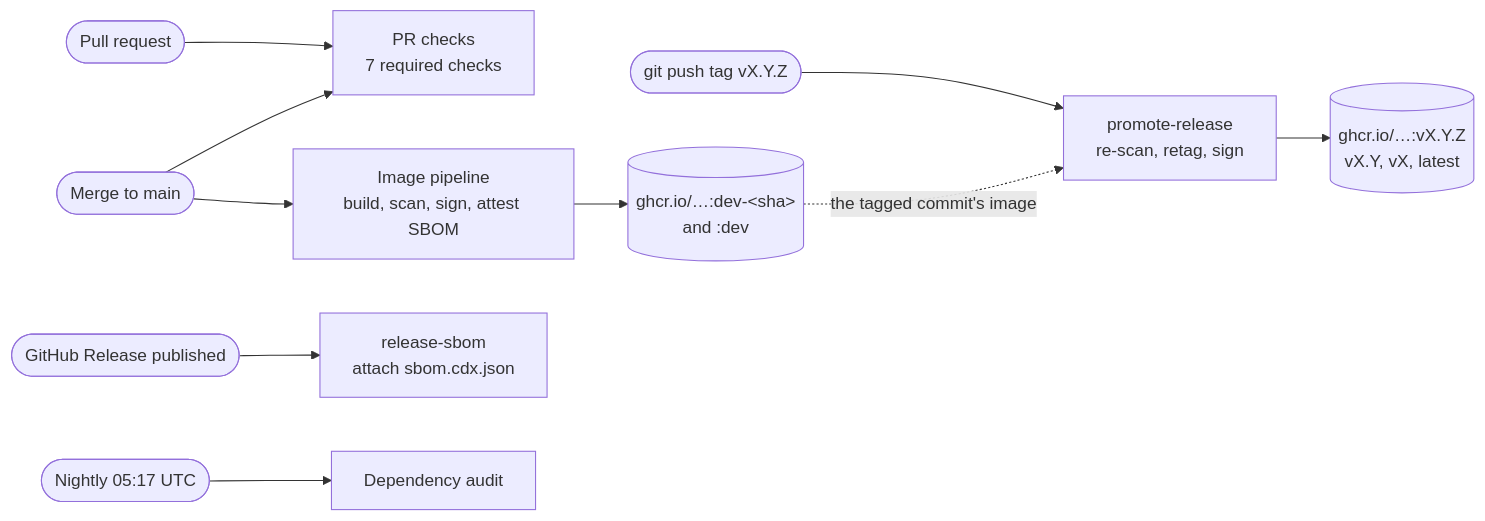
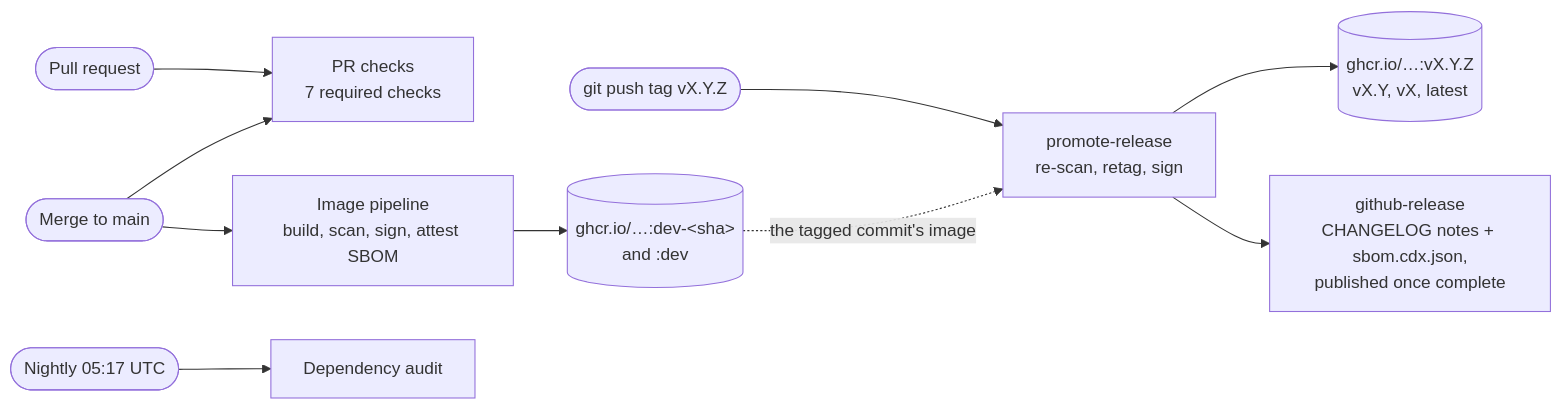
Before and after one commit to FB-UNIV/pocket-portal: the first of 4 diagrams in docs/CI.md, drawn with Mermaid. The commit also changed other lines of this file and 5 other files, not shown here.

First line of the commit message:
ci: publish the GitHub Release from the pipeline, SBOM attached as a draft (#100)

````diff
--- a/docs/CI.md
+++ b/docs/CI.md
@@ -15,25 +15,24 @@
 ```mermaid
 flowchart LR
   PR(["Pull request"])
   MAIN(["Merge to main"])
   TAG(["git push tag vX.Y.Z"])
-  REL(["GitHub Release published"])
   CRON(["Nightly 05:17 UTC"])
 
   CHECKS["PR checks<br/>7 required checks"]
   IMAGE["Image pipeline<br/>build, scan, sign, attest SBOM"]
   DEV[("ghcr.io/…:dev-&lt;sha&gt;<br/>and :dev")]
   PROMOTE["promote-release<br/>re-scan, retag, sign"]
   RELTAGS[("ghcr.io/…:vX.Y.Z<br/>vX.Y, vX, latest")]
-  RSBOM["release-sbom<br/>attach sbom.cdx.json"]
+  GHREL["github-release<br/>CHANGELOG notes + sbom.cdx.json,<br/>published once complete"]
   AUDIT["Dependency audit"]
 
   PR --> CHECKS
   MAIN --> CHECKS
   MAIN --> IMAGE --> DEV
   TAG --> PROMOTE
   DEV -. "the tagged commit's image" .-> PROMOTE
   PROMOTE --> RELTAGS
-  REL --> RSBOM
+  PROMOTE --> GHREL
   CRON --> AUDIT
 ```
````
